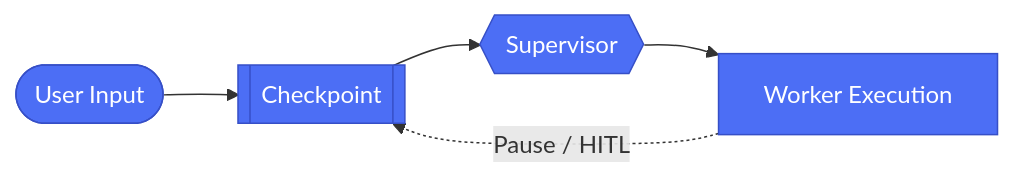
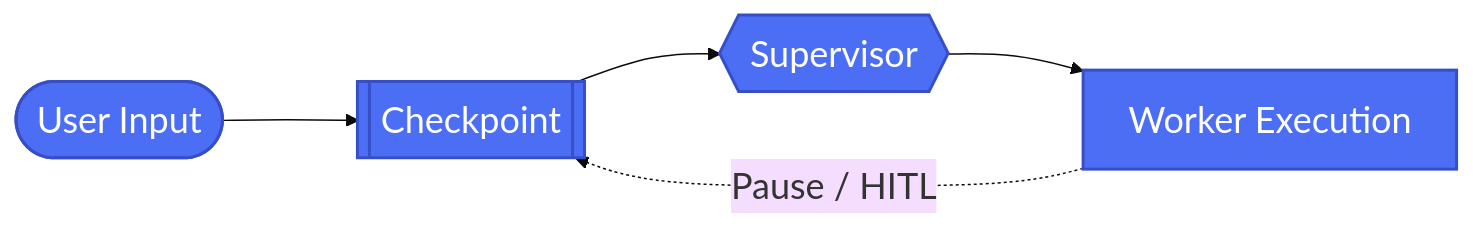
Before and after one commit to sehgalnamit/udp2-living-risk-engine: the second of 4 diagrams in DEPLOYMENT_GUIDE.md, drawn with Mermaid. The commit also changed other lines of this file and 7 other files, not shown here.

Commit message:
Increase Mermaid diagram font size and disable max-width for better visibility

````diff
--- a/DEPLOYMENT_GUIDE.md
+++ b/DEPLOYMENT_GUIDE.md
@@ -111,9 +112,10 @@
 ```mermaid
+%%{init: {'theme': 'base', 'themeVariables': {'fontSize': '24px'}, 'flowchart': {'useMaxWidth': false, 'nodeSpacing': 70, 'rankSpacing': 90}}}%%
 flowchart LR
-    classDef state fill:#4C6EF5,color:#fff,stroke:#364FC7,stroke-width:1px;
-    classDef pause fill:#F59F00,color:#fff,stroke:#E67700,stroke-width:1px;
+    classDef state fill:#4C6EF5,color:#fff,stroke:#364FC7,stroke-width:2px;
+    classDef pause fill:#F59F00,color:#fff,stroke:#E67700,stroke-width:2px;
 
     A([User Input]):::state --> B[[Checkpoint]]:::state --> C{{Supervisor}}:::state
     C --> D[Worker Execution]:::state
     D -.Pause / HITL.-> B
 ```
````
